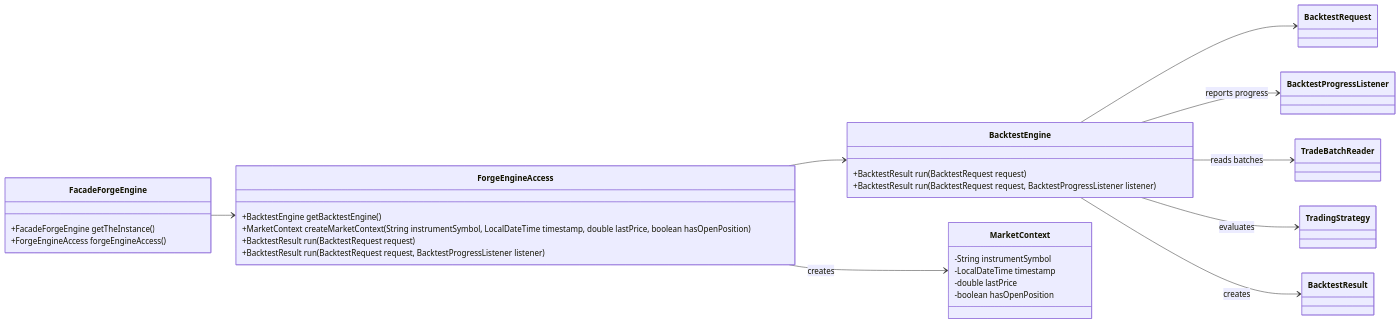
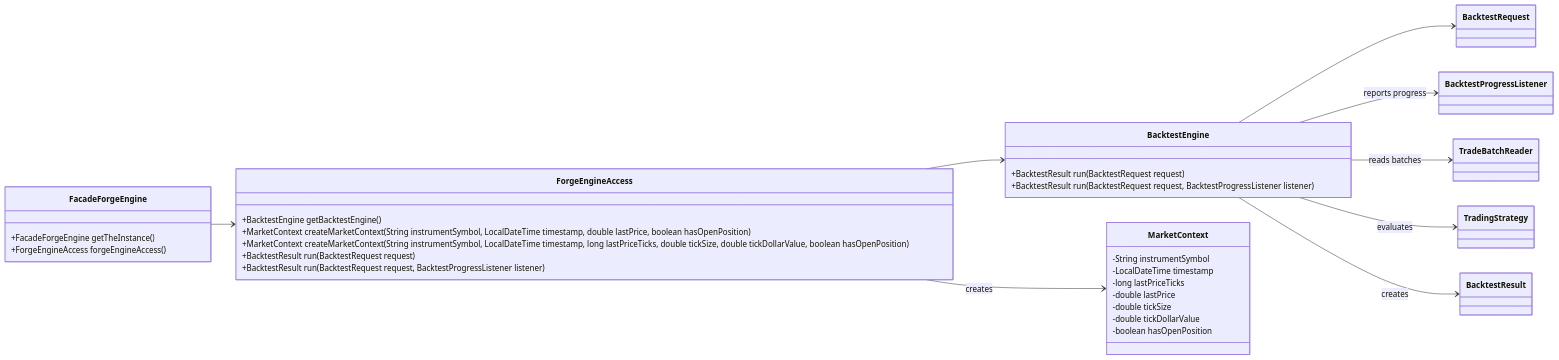
Diagram 15 of 19 in class-model.md (probst-paul/FORGE), drawn with Mermaid before and after one commit. The commit also changed other lines of this file and 25 other files, not shown here.

````diff
--- a/class-model.md
+++ b/class-model.md
@@ -870,37 +909,41 @@
 ```mermaid
 classDiagram
     direction LR
 
     class FacadeForgeEngine {
         +FacadeForgeEngine getTheInstance()
         +ForgeEngineAccess forgeEngineAccess()
     }
 
     class ForgeEngineAccess {
         +BacktestEngine getBacktestEngine()
         +MarketContext createMarketContext(String instrumentSymbol, LocalDateTime timestamp, double lastPrice, boolean hasOpenPosition)
+        +MarketContext createMarketContext(String instrumentSymbol, LocalDateTime timestamp, long lastPriceTicks, double tickSize, double tickDollarValue, boolean hasOpenPosition)
         +BacktestResult run(BacktestRequest request)
         +BacktestResult run(BacktestRequest request, BacktestProgressListener listener)
     }
 
     class BacktestEngine {
         +BacktestResult run(BacktestRequest request)
         +BacktestResult run(BacktestRequest request, BacktestProgressListener listener)
     }
 
     class MarketContext {
         -String instrumentSymbol
         -LocalDateTime timestamp
+        -long lastPriceTicks
         -double lastPrice
+        -double tickSize
+        -double tickDollarValue
         -boolean hasOpenPosition
     }
 
     FacadeForgeEngine --> ForgeEngineAccess
     ForgeEngineAccess --> BacktestEngine
     ForgeEngineAccess --> MarketContext : creates
     BacktestEngine --> BacktestRequest
     BacktestEngine --> BacktestProgressListener : reports progress
     BacktestEngine --> TradeBatchReader : reads batches
     BacktestEngine --> TradingStrategy : evaluates
     BacktestEngine --> BacktestResult : creates
 ```
````
